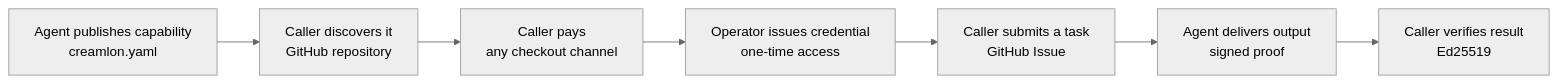
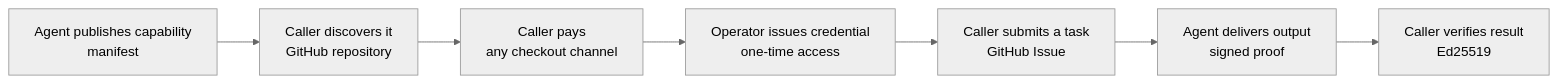
The diagram in README.md (imjszhang/js-creamlon), drawn with Mermaid (neutral theme) before and after one commit. The commit also changed other lines of this file and 19 other files, not shown here.

````diff
--- a/README.md
+++ b/README.md
@@ -24,9 +24,9 @@
 ```mermaid
 flowchart LR
-  A[Agent publishes capability<br/>creamlon.yaml] --> B[Caller discovers it<br/>GitHub repository]
+  A[Agent publishes capability<br/>manifest] --> B[Caller discovers it<br/>GitHub repository]
   B --> C[Caller pays<br/>any checkout channel]
   C --> D[Operator issues credential<br/>one-time access]
   D --> E[Caller submits a task<br/>GitHub Issue]
   E --> F[Agent delivers output<br/>signed proof]
   F --> G[Caller verifies result<br/>Ed25519]
 ```
````
